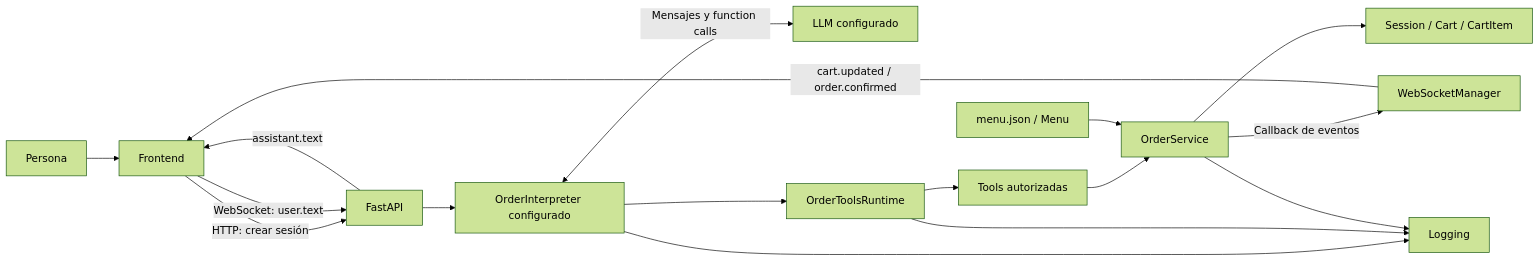
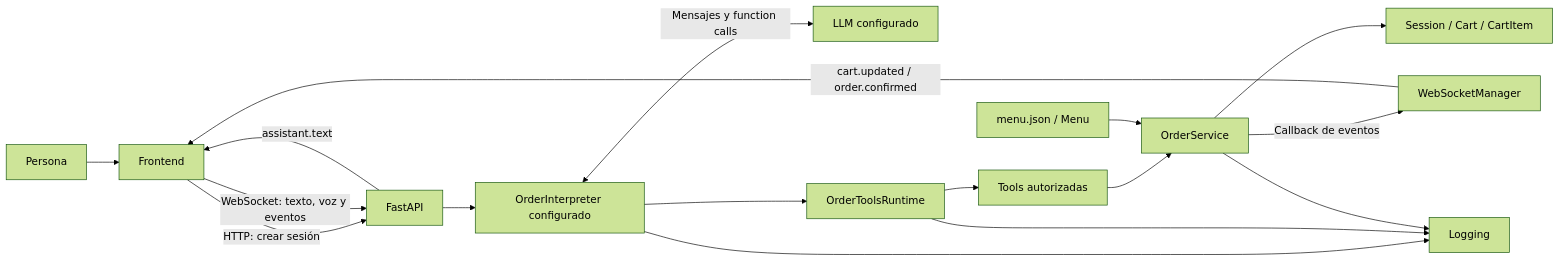
Before and after one commit to gsierra1/self_order: the first of 2 diagrams in docs/arquitectura.md, drawn with Mermaid (forest theme). The commit also changed other lines of this file and 1 other file, not shown here.

````diff
--- a/docs/arquitectura.md
+++ b/docs/arquitectura.md
@@ -12,19 +9,19 @@
 ```mermaid
 flowchart LR
     U[Persona] --> F[Frontend]
     F -->|HTTP: crear sesión| A[FastAPI]
-    F -->|WebSocket: user.text| A
+    F -->|WebSocket: texto, voz y eventos| A
     A --> O[OrderInterpreter configurado]
     O <-->|Mensajes y function calls| G[LLM configurado]
     O --> R[OrderToolsRuntime]
     R --> T[Tools autorizadas]
     T --> S[OrderService]
     M[menu.json / Menu] --> S
     S --> D[Session / Cart / CartItem]
     S -->|Callback de eventos| W[WebSocketManager]
     W -->|cart.updated / order.confirmed| F
     A -->|assistant.text| F
     O --> L[Logging]
     R --> L
     S --> L
 ```
````
